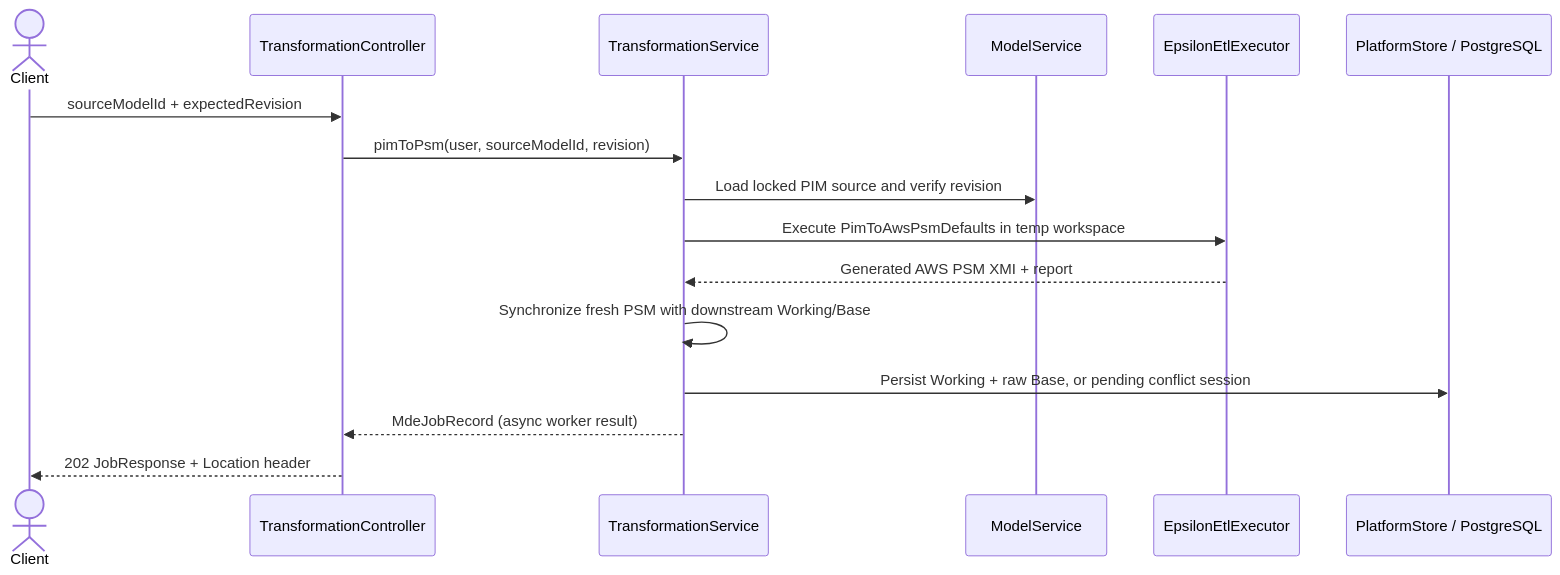
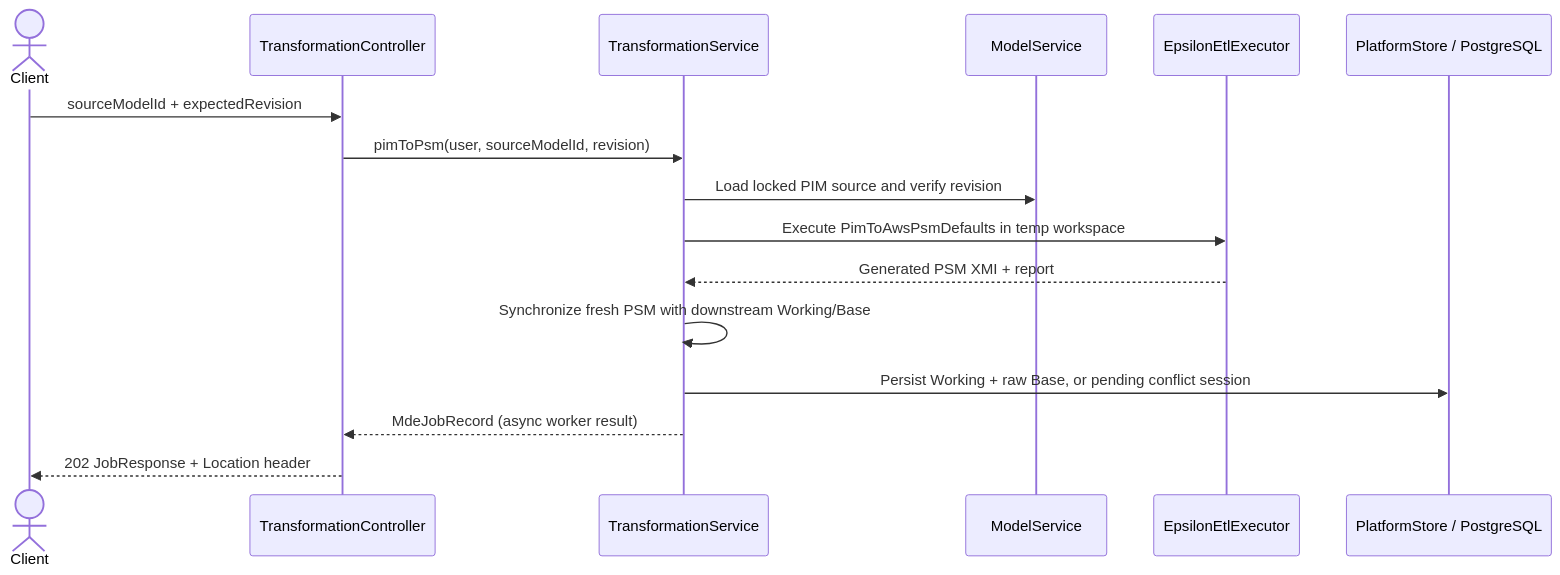
The second of 11 diagrams in docs/diagrams/11-api-transformation-artifact-sequences.md (mehdieidi/modriss), drawn with Mermaid before and after one commit. The commit also changed 193 other files, not shown here.

Commit message:
docs: change aws psm to psm

````diff
--- a/docs/diagrams/11-api-transformation-artifact-sequences.md
+++ b/docs/diagrams/11-api-transformation-artifact-sequences.md
@@ -26,18 +26,18 @@
 ```mermaid
 sequenceDiagram
     actor Client
     participant C as TransformationController
     participant T as TransformationService
     participant M as ModelService
     participant ETL as EpsilonEtlExecutor
     participant DB as PlatformStore / PostgreSQL
     Client->>C: sourceModelId + expectedRevision
     C->>T: pimToPsm(user, sourceModelId, revision)
     T->>M: Load locked PIM source and verify revision
     T->>ETL: Execute PimToAwsPsmDefaults in temp workspace
-    ETL-->>T: Generated AWS PSM XMI + report
+    ETL-->>T: Generated PSM XMI + report
     T->>T: Synchronize fresh PSM with downstream Working/Base
     T->>DB: Persist Working + raw Base, or pending conflict session
     T-->>C: MdeJobRecord (async worker result)
     C-->>Client: 202 JobResponse + Location header
 ```
````
